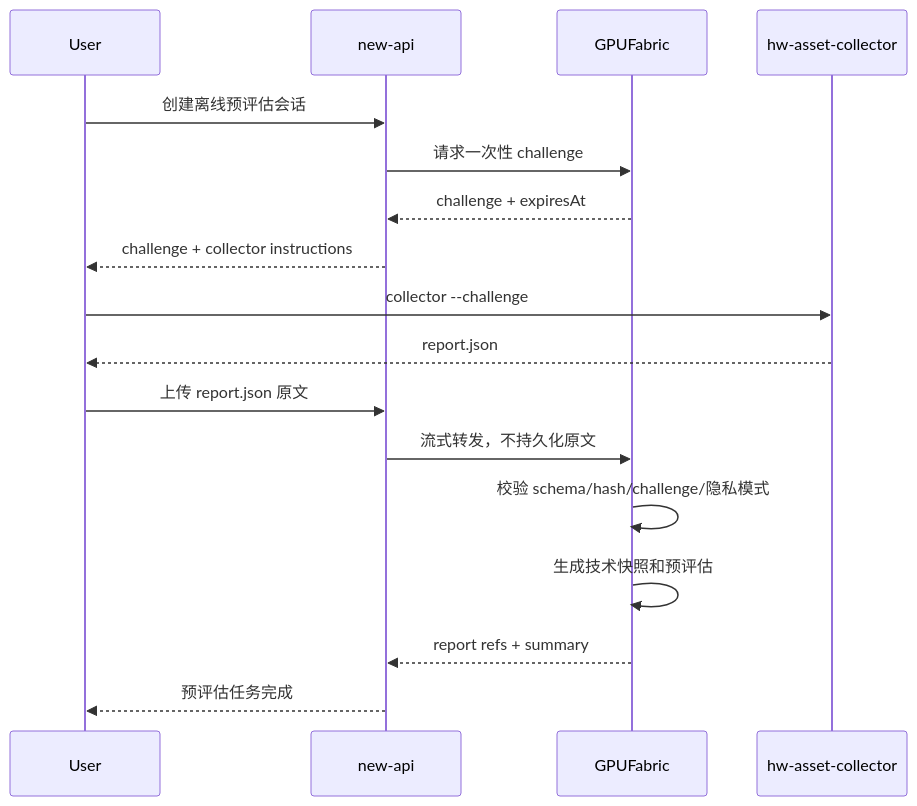
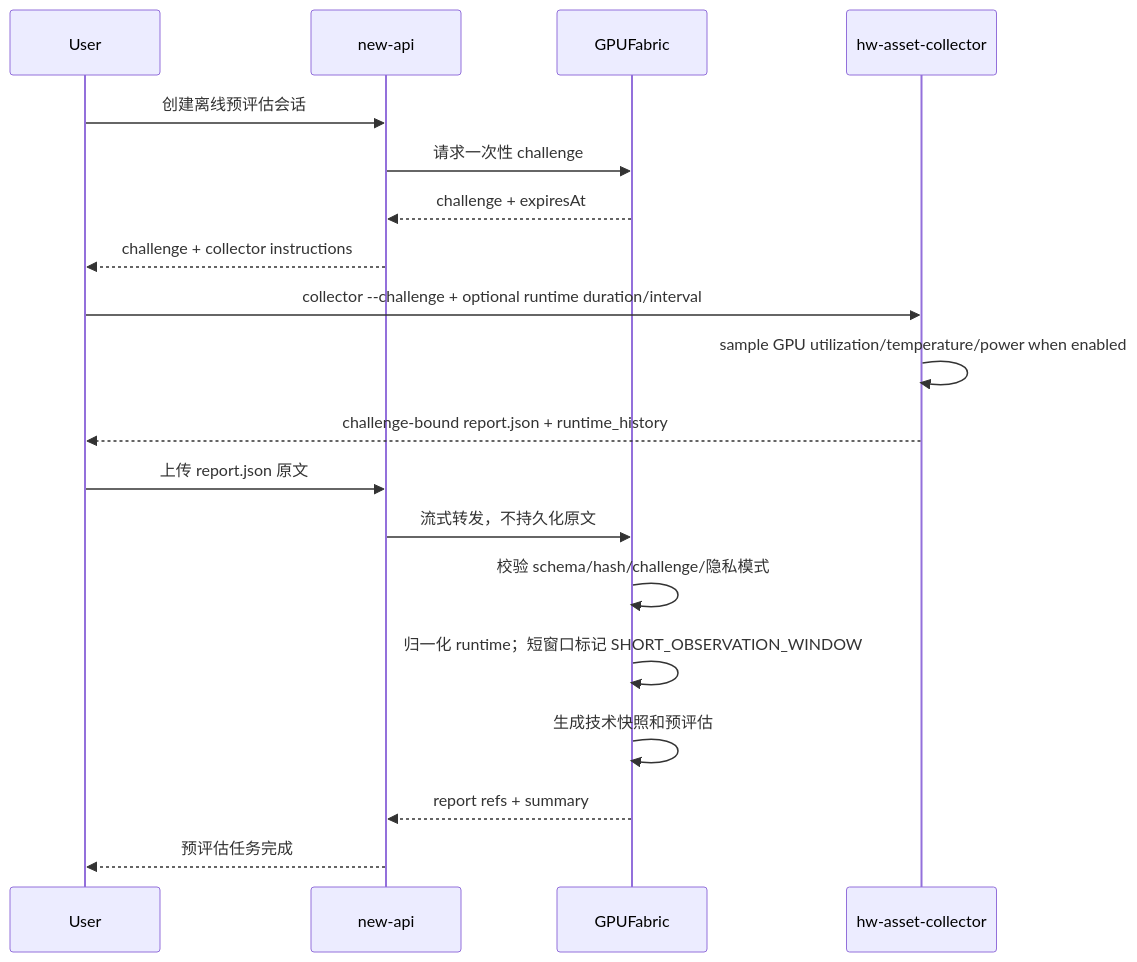
Before and after one commit to JackRipper1888/GPUFabric: the second of 3 diagrams in docs/pre-evaluation-cross-service-integration.md, drawn with Mermaid. The commit also changed other lines of this file and 5 other files, not shown here.

Commit message:
feat: add offline runtime history normalization

````diff
--- a/docs/pre-evaluation-cross-service-integration.md
+++ b/docs/pre-evaluation-cross-service-integration.md
@@ -406,20 +406,22 @@
 ```mermaid
 sequenceDiagram
     participant U as User
     participant N as new-api
     participant G as GPUFabric
     participant C as hw-asset-collector
 
     U->>N: 创建离线预评估会话
     N->>G: 请求一次性 challenge
     G-->>N: challenge + expiresAt
     N-->>U: challenge + collector instructions
-    U->>C: collector --challenge
-    C-->>U: report.json
+    U->>C: collector --challenge + optional runtime duration/interval
+    C->>C: sample GPU utilization/temperature/power when enabled
+    C-->>U: challenge-bound report.json + runtime_history
     U->>N: 上传 report.json 原文
     N->>G: 流式转发，不持久化原文
     G->>G: 校验 schema/hash/challenge/隐私模式
+    G->>G: 归一化 runtime；短窗口标记 SHORT_OBSERVATION_WINDOW
     G->>G: 生成技术快照和预评估
     G-->>N: report refs + summary
     N-->>U: 预评估任务完成
 ```
````
